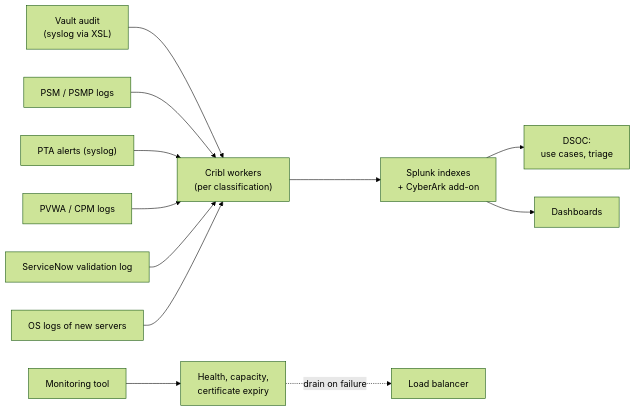
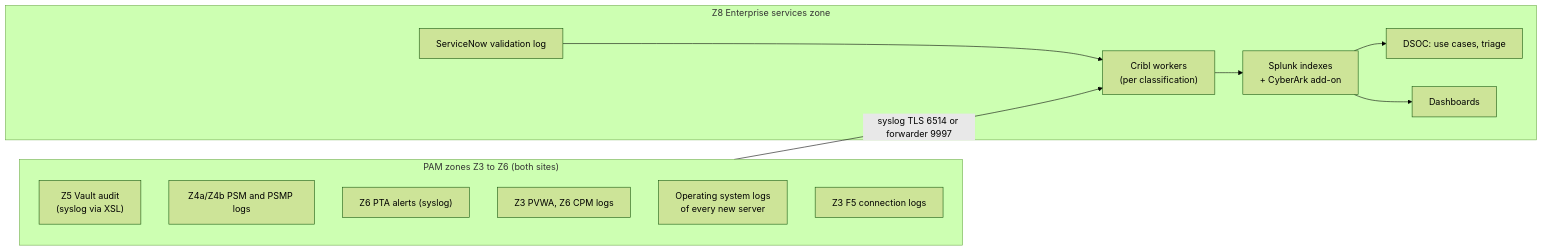
The tenth of 13 diagrams in docs/cyberark-psm/impact-assessment.md (cnampalli/CB-Raap-Vault), drawn with Mermaid (forest theme) before and after one commit. The commit also changed other lines of this file, not shown here.

First line of the commit message:
docs(psm): IA v0.11 - zones, sites, flows and resource summary

````diff
--- a/docs/cyberark-psm/impact-assessment.md
+++ b/docs/cyberark-psm/impact-assessment.md
@@ -747,14 +938,22 @@
 ```mermaid
 flowchart LR
-    V["Vault audit<br/>(syslog via XSL)"] --> CR["Cribl workers<br/>(per classification)"]
-    PSM["PSM / PSMP logs"] --> CR
-    PTA["PTA alerts (syslog)"] --> CR
-    PV["PVWA / CPM logs"] --> CR
-    SNL["ServiceNow validation log"] --> CR
-    OS["OS logs of new servers"] --> CR
-    CR --> SP["Splunk indexes<br/>+ CyberArk add-on"]
-    SP --> DS["DSOC:<br/>use cases, triage"]
-    SP --> DB["Dashboards"]
-    MON["Monitoring tool"] --> H["Health, capacity,<br/>certificate expiry"]
-    H -. "drain on failure" .-> LB["Load balancer"]
+    subgraph PZ["PAM zones Z3 to Z6 (both sites)"]
+        V["Z5 Vault audit<br/>(syslog via XSL)"]
+        PSM["Z4a/Z4b PSM and PSMP logs"]
+        PTA["Z6 PTA alerts (syslog)"]
+        PV["Z3 PVWA, Z6 CPM logs"]
+        OS["Operating system logs<br/>of every new server"]
+        F5["Z3 F5 connection logs"]
+    end
+    subgraph Z8["Z8 Enterprise services zone"]
+        SNL["ServiceNow validation log"]
+        CR["Cribl workers<br/>(per classification)"]
+        SP["Splunk indexes<br/>+ CyberArk add-on"]
+        DS["DSOC: use cases, triage"]
+        DB["Dashboards"]
+    end
+    PZ -->|"syslog TLS 6514 or forwarder 9997"| CR
+    SNL --> CR
+    CR --> SP
+    SP --> DS & DB
 ```
````
